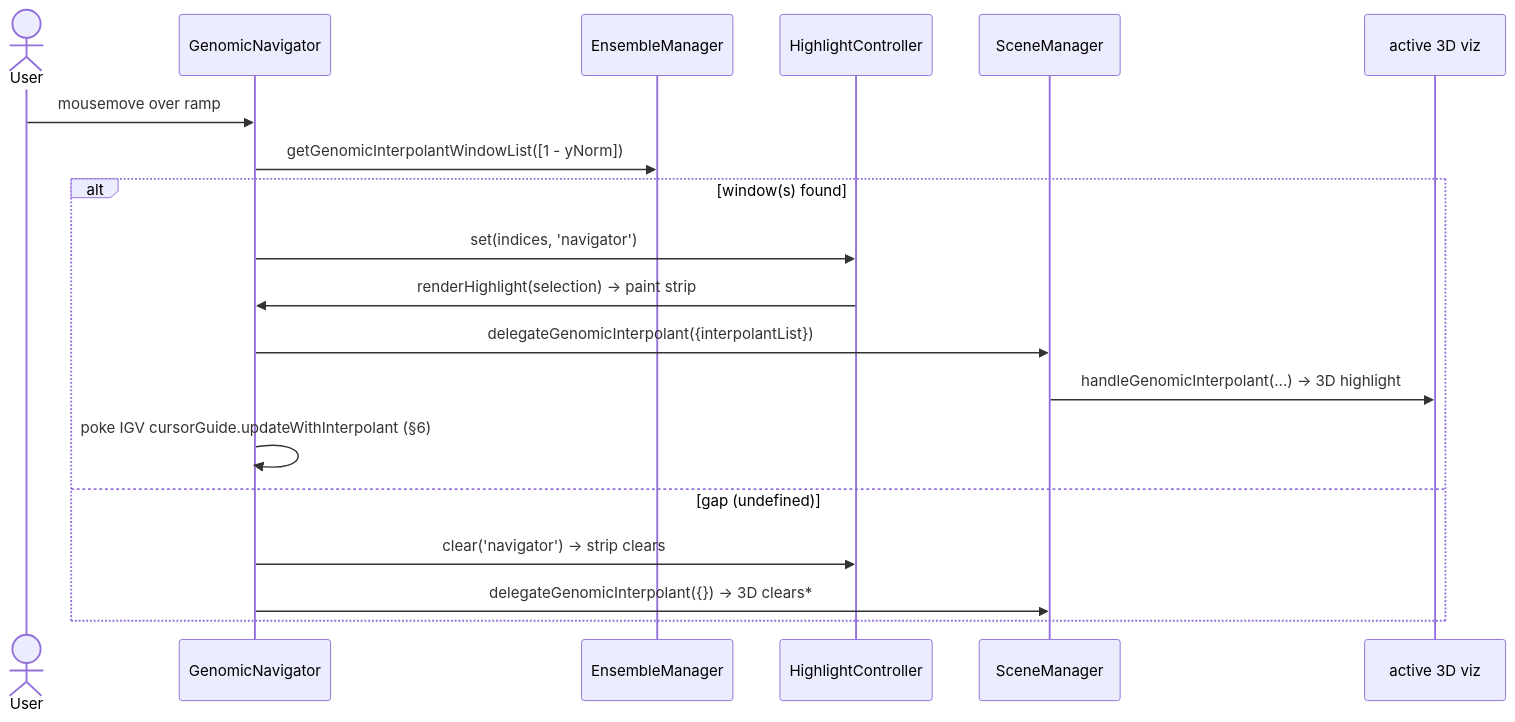
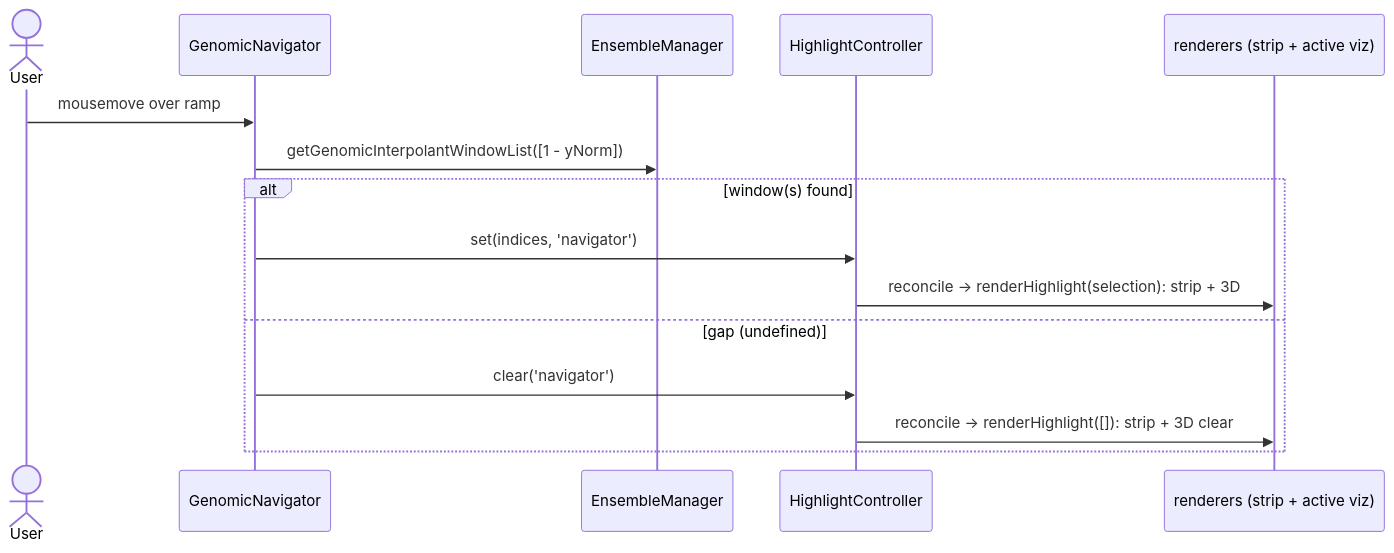
Before and after one commit to aidenlab/spacewalk: the third of 7 diagrams in development-notes/highlighting-participant-map.md, drawn with Mermaid. The commit also changed other lines of this file and 9 other files, not shown here.

First line of the commit message:
Highlighting: dissolve DidEnter/LeaveGenomicNavigator + retire picker.isEnabled (#69)

````diff
--- a/development-notes/highlighting-participant-map.md
+++ b/development-notes/highlighting-participant-map.md
@@ -203,22 +185,18 @@
 ```mermaid
 %%{init: {'themeVariables': {'fontSize': '16px', 'fontFamily': 'arial'}}}%%
 sequenceDiagram
     actor U as User
     participant GN as GenomicNavigator
     participant EM as EnsembleManager
     participant HC as HighlightController
-    participant SM as SceneManager
-    participant VIZ as active 3D viz
+    participant R as renderers (strip + active viz)
     U->>GN: mousemove over ramp
     GN->>EM: getGenomicInterpolantWindowList([1 - yNorm])
     alt window(s) found
         GN->>HC: set(indices, 'navigator')
-        HC->>GN: renderHighlight(selection) → paint strip
-        GN->>SM: delegateGenomicInterpolant({interpolantList})
-        SM->>VIZ: handleGenomicInterpolant(...) → 3D highlight
-        GN->>GN: poke IGV cursorGuide.updateWithInterpolant (§6)
+        HC->>R: reconcile → renderHighlight(selection): strip + 3D
     else gap (undefined)
-        GN->>HC: clear('navigator') → strip clears
-        GN->>SM: delegateGenomicInterpolant({}) → 3D clears*
+        GN->>HC: clear('navigator')
+        HC->>R: reconcile → renderHighlight([]): strip + 3D clear
     end
 ```
````
